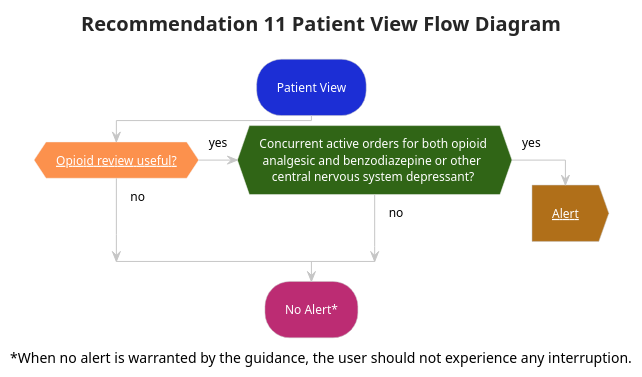
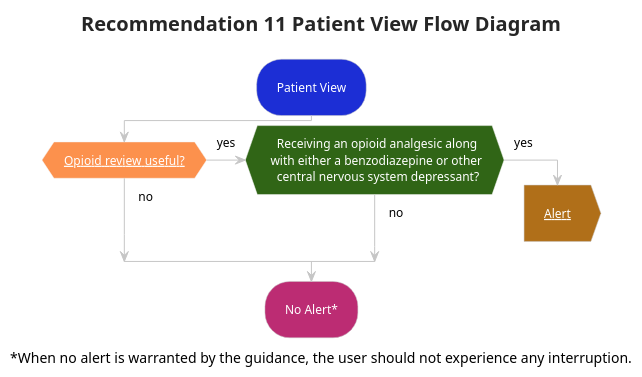
One commit to cqframework/opioid-cds-r4 changed the diagram in input/images-source/flow_rec11_patientview.plantuml. Above: the diagram before and after it, drawn with PlantUML. The commit also changed 3 other files, not shown here.

Commit message:
Applied feedback: improved wording in flow diagram

```diff
--- a/input/images-source/flow_rec11_patientview.plantuml
+++ b/input/images-source/flow_rec11_patientview.plantuml
@@ -1,26 +1,26 @@
 @startuml flow_rec11_patientview
 !theme carbon-gray
 skinparam hyperlinkColor white
 <style>
 activityDiagram {
  FontColor white
  RoundCorner 50
  arrow {
   FontColor: Black
  }
  diamond {
   BackgroundColor #fc914d
  }
 }
 </style>
 title Recommendation 11 Patient View Flow Diagram
 #1C2ED5:Patient View; 
 if ([[subroutines.html#opioid-review-useful Opioid review useful?]]) then (no)
-#306516:(yes) elseif (Concurrent active orders for both opioid \n analgesic and benzodiazepine or other \n    central nervous system depressant?) then (no) 
+#306516:(yes) elseif (   Receiving an opioid analgesic along\n with either a benzodiazepine or other\n   central nervous system depressant?) then (no) 
 else (yes) 
 #b06f19:[[user-interaction-alerts.html#recommendation-11-alert Alert]];<<output>>
 kill
 endif
 #BC2C73:No Alert*;
 caption ~*When no alert is warranted by the guidance, the user should not experience any interruption.
 @enduml
```
